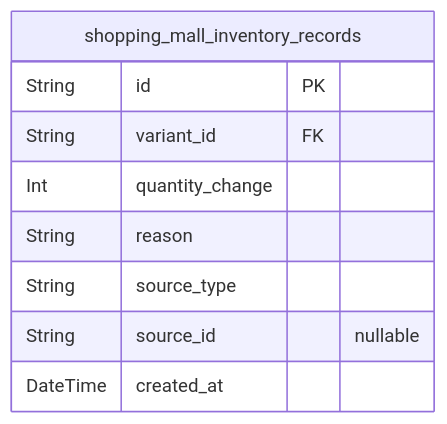
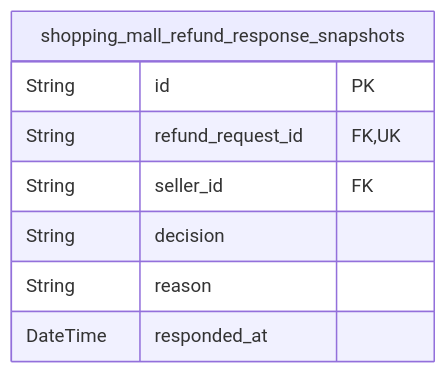
The ninth of 12 diagrams in qwen/qwen3-next-80b-a3b-instruct/shopping/docs/ERD.md (wrtnlabs/autobe-examples), drawn with Mermaid before and after one commit. The commit also changed other lines of this file and 11104 other files, not shown here.

````diff
--- a/qwen/qwen3-next-80b-a3b-instruct/shopping/docs/ERD.md
+++ b/qwen/qwen3-next-80b-a3b-instruct/shopping/docs/ERD.md
@@ -2084,12 +1451,11 @@
 ```mermaid
 erDiagram
-"shopping_mall_inventory_records" {
+"shopping_mall_refund_response_snapshots" {
   String id PK
-  String variant_id FK
-  Int quantity_change
+  String refund_request_id FK,UK
+  String seller_id FK
+  String decision
   String reason
-  String source_type
-  String source_id "nullable"
-  DateTime created_at
+  DateTime responded_at
 }
 ```
````
